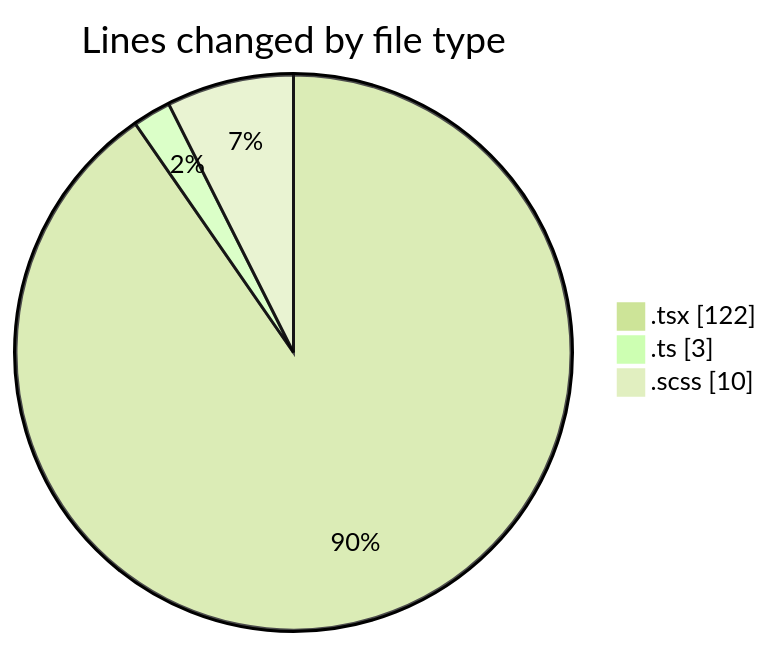
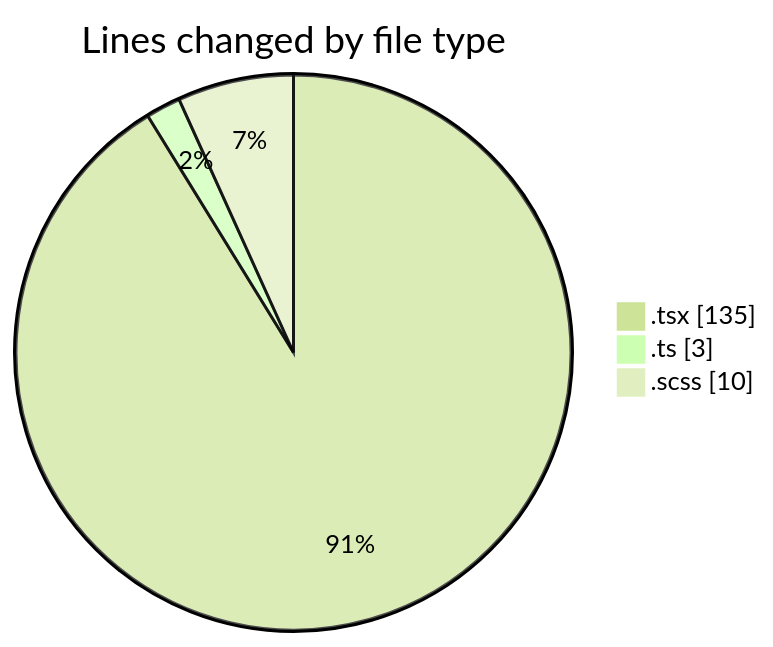
The first of 2 diagrams in 2026-04-15/cda/README.md (momahboobian/code-tracking), drawn with Mermaid (forest theme) before and after one commit. The commit also changed other lines of this file and 1 other file, not shown here.

````diff
--- a/2026-04-15/cda/README.md
+++ b/2026-04-15/cda/README.md
@@ -25,7 +26,7 @@
 ```mermaid
 pie showData
 title Lines changed by file type
-".tsx" : 122
+".tsx" : 135
 ".ts" : 3
 ".scss" : 10
 ```
````
